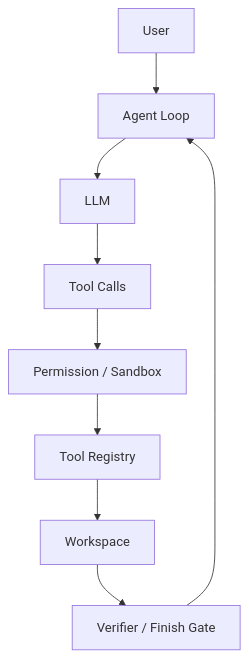
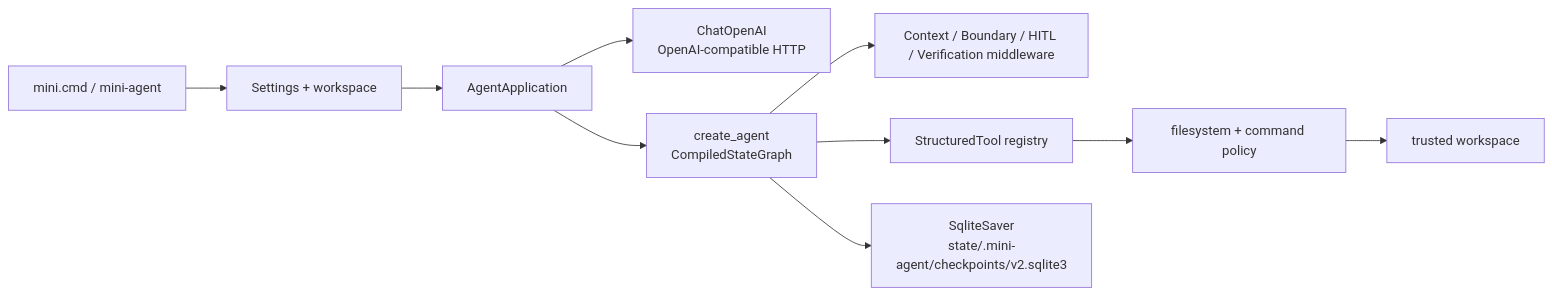
The diagram in README.md (GimMoliyadi/mini-agent), drawn with Mermaid before and after one commit. The commit also changed other lines of this file and 140 other files, not shown here.

````diff
--- a/README.md
+++ b/README.md
@@ -40,11 +96,12 @@
 ```mermaid
-flowchart TD
-    U[User] --> L[Agent Loop]
-    L --> M[LLM]
-    M --> T[Tool Calls]
-    T --> P[Permission / Sandbox]
-    P --> R[Tool Registry]
-    R --> W[Workspace]
-    W --> V[Verifier / Finish Gate]
-    V --> L
+flowchart LR
+    CLI[mini.cmd / mini-agent] --> Settings[Settings + workspace]
+    Settings --> App[AgentApplication]
+    App --> Model[ChatOpenAI<br/>OpenAI-compatible HTTP]
+    App --> Graph[create_agent<br/>CompiledStateGraph]
+    Graph --> MW[Context / Boundary / HITL / Verification middleware]
+    Graph --> Tools[StructuredTool registry]
+    Tools --> FS[filesystem + command policy]
+    FS --> Work[trusted workspace]
+    Graph --> SQLite[SqliteSaver<br/>state/.mini-agent/checkpoints/v2.sqlite3]
 ```
````
